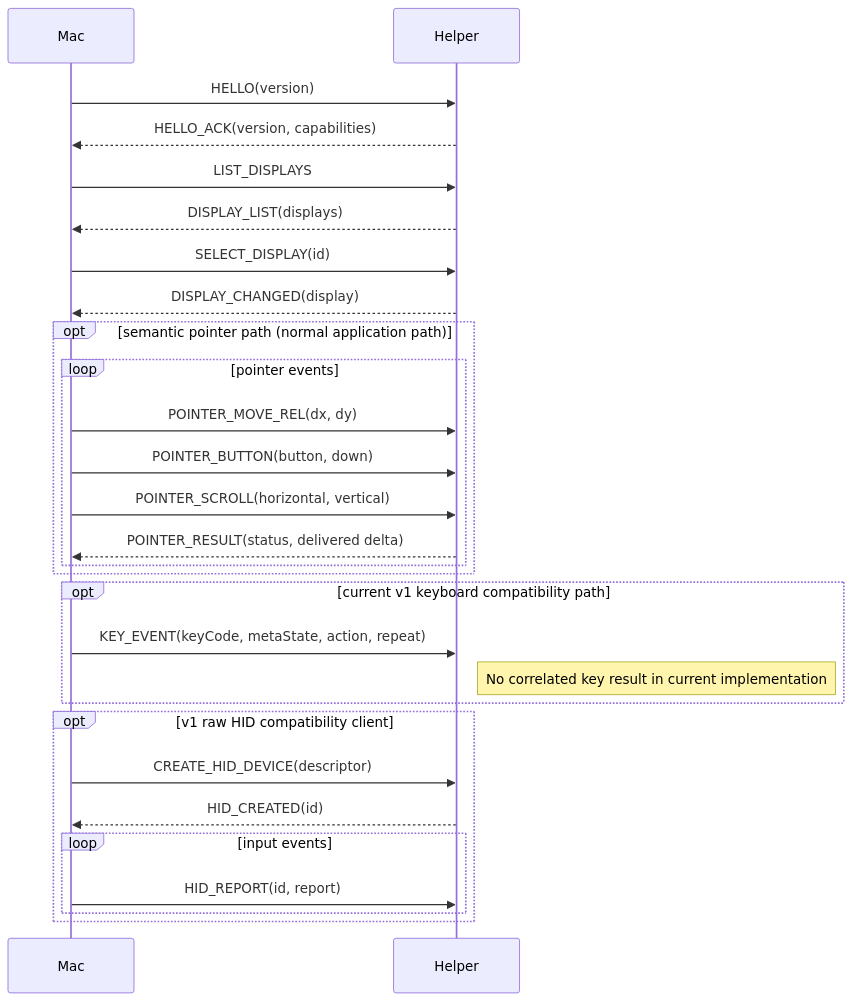
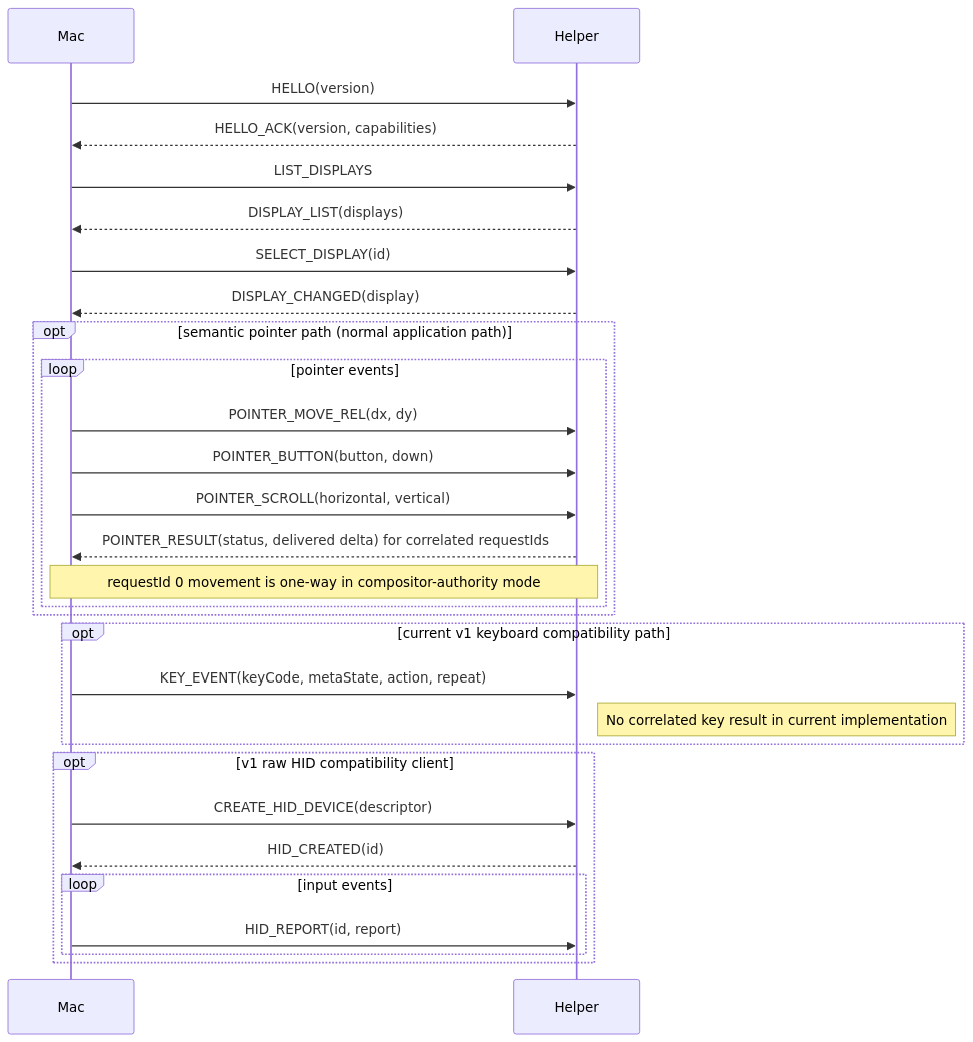
The diagram in protocol/protocol.md (luceat-lux-vestra/crossinput), drawn with Mermaid before and after one commit. The commit also changed other lines of this file and 69 other files, not shown here.

````diff
--- a/protocol/protocol.md
+++ b/protocol/protocol.md
@@ -252,30 +271,31 @@
 ```mermaid
 sequenceDiagram
     participant Mac
     participant Helper
     Mac->>Helper: HELLO(version)
     Helper-->>Mac: HELLO_ACK(version, capabilities)
     Mac->>Helper: LIST_DISPLAYS
     Helper-->>Mac: DISPLAY_LIST(displays)
     Mac->>Helper: SELECT_DISPLAY(id)
     Helper-->>Mac: DISPLAY_CHANGED(display)
     opt semantic pointer path (normal application path)
         loop pointer events
             Mac->>Helper: POINTER_MOVE_REL(dx, dy)
             Mac->>Helper: POINTER_BUTTON(button, down)
             Mac->>Helper: POINTER_SCROLL(horizontal, vertical)
-            Helper-->>Mac: POINTER_RESULT(status, delivered delta)
+            Helper-->>Mac: POINTER_RESULT(status, delivered delta) for correlated requestIds
+            Note over Mac,Helper: requestId 0 movement is one-way in compositor-authority mode
         end
     end
     opt current v1 keyboard compatibility path
         Mac->>Helper: KEY_EVENT(keyCode, metaState, action, repeat)
         Note right of Helper: No correlated key result in current implementation
     end
     opt v1 raw HID compatibility client
         Mac->>Helper: CREATE_HID_DEVICE(descriptor)
         Helper-->>Mac: HID_CREATED(id)
         loop input events
             Mac->>Helper: HID_REPORT(id, report)
         end
     end
 ```
````
